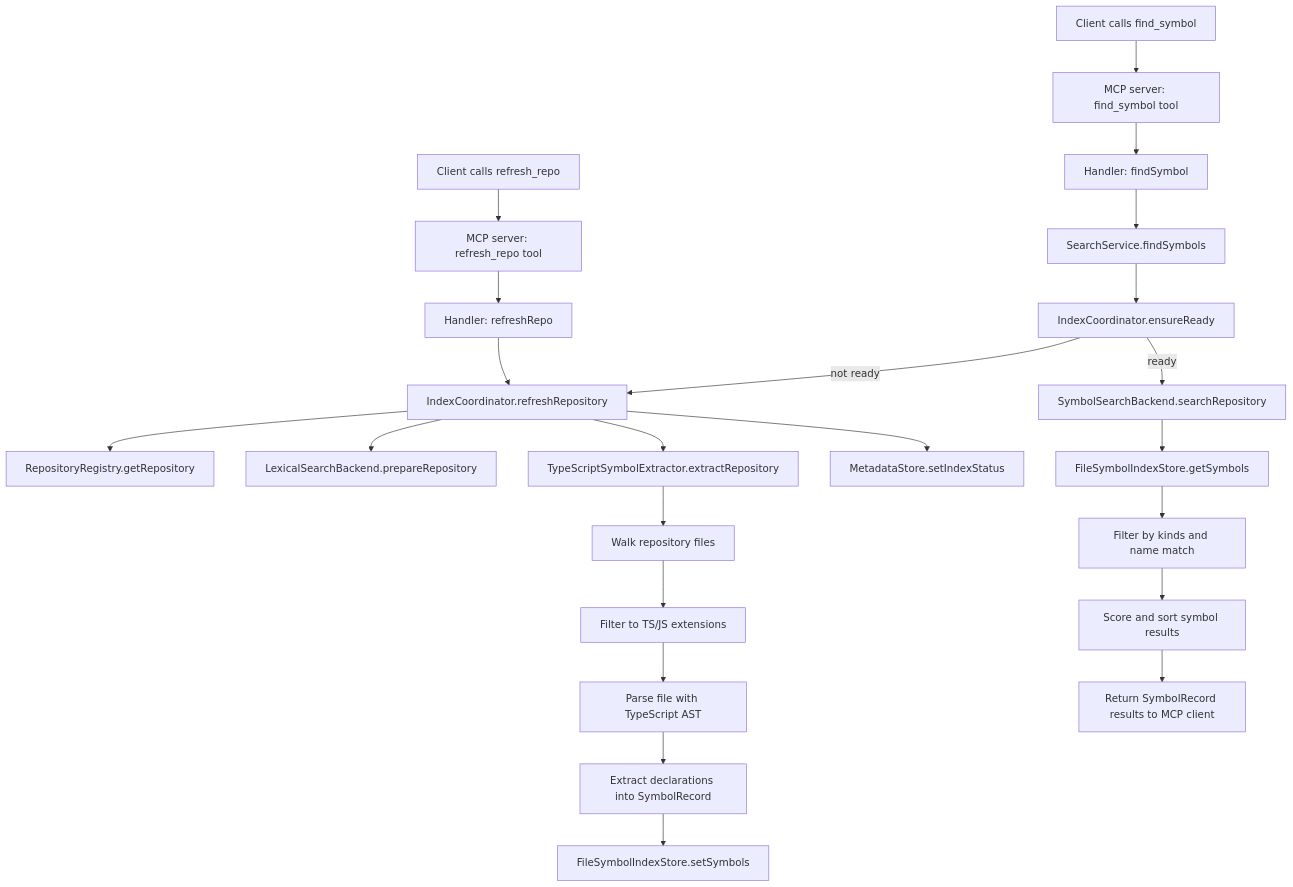
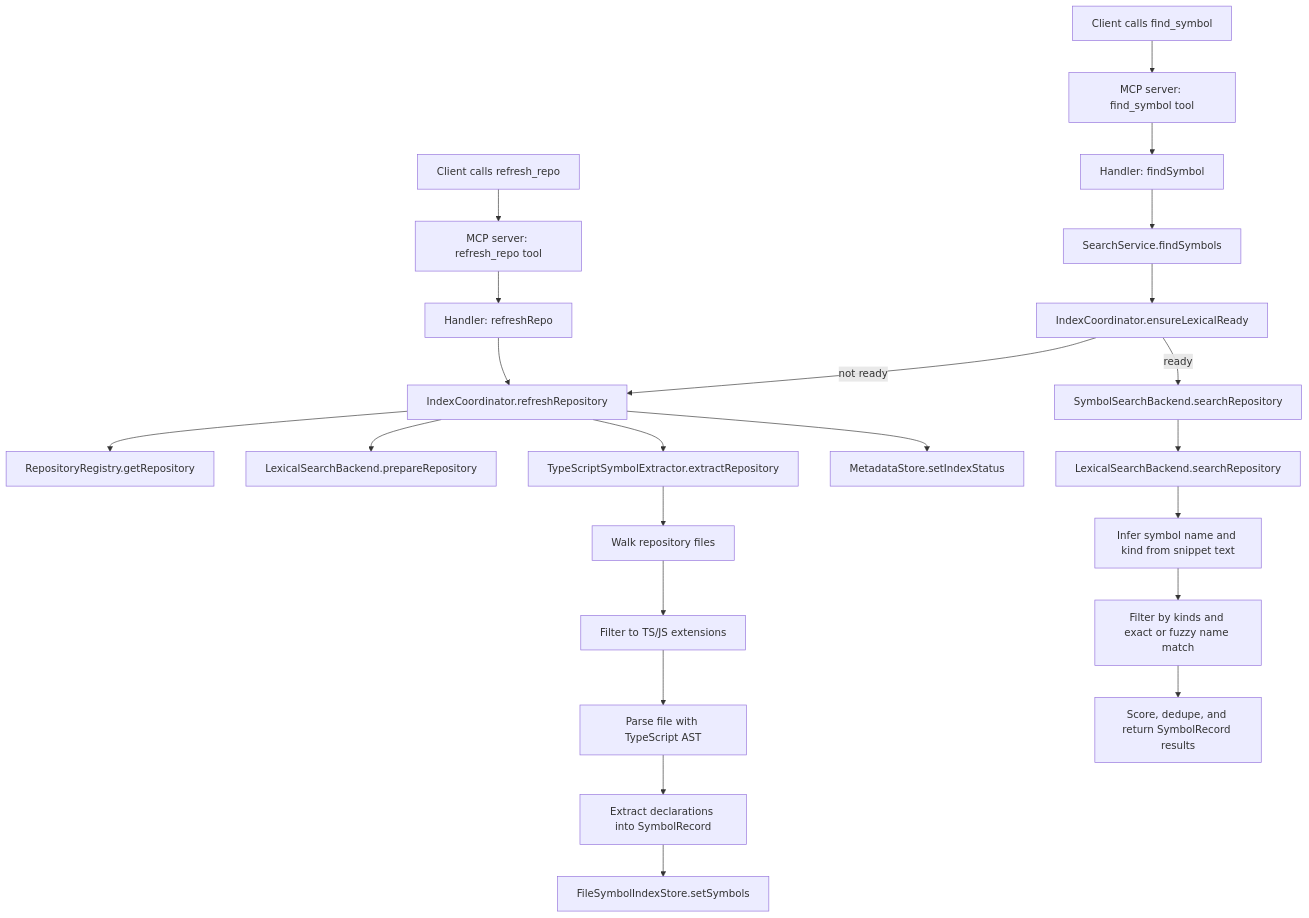
Before and after one commit to cAtAphrACtCtl/CodeAtlas: the second of 2 diagrams in docs/architecture.md, drawn with Mermaid. The commit also changed other lines of this file and 5 other files, not shown here.

Commit message:
refactor: update symbol index flow and enhance extraction process

````diff
--- a/docs/architecture.md
+++ b/docs/architecture.md
@@ -402,26 +402,26 @@
 ```mermaid
 flowchart TD
   A[Client calls refresh_repo] --> B[MCP server: refresh_repo tool]
   B --> C[Handler: refreshRepo]
   C --> D[IndexCoordinator.refreshRepository]
   D --> E[RepositoryRegistry.getRepository]
   D --> F[LexicalSearchBackend.prepareRepository]
   D --> G[TypeScriptSymbolExtractor.extractRepository]
   G --> H[Walk repository files]
   H --> I[Filter to TS/JS extensions]
   I --> J[Parse file with TypeScript AST]
   J --> K[Extract declarations into SymbolRecord]
   K --> L[FileSymbolIndexStore.setSymbols]
   D --> M[MetadataStore.setIndexStatus]
 
   N[Client calls find_symbol] --> O[MCP server: find_symbol tool]
   O --> P[Handler: findSymbol]
   P --> Q[SearchService.findSymbols]
-  Q --> R[IndexCoordinator.ensureReady]
+  Q --> R[IndexCoordinator.ensureLexicalReady]
   R -->|not ready| D
   R -->|ready| S[SymbolSearchBackend.searchRepository]
-  S --> T[FileSymbolIndexStore.getSymbols]
-  T --> U[Filter by kinds and name match]
-  U --> V[Score and sort symbol results]
-  V --> W[Return SymbolRecord results to MCP client]
+  S --> T[LexicalSearchBackend.searchRepository]
+  T --> U[Infer symbol name and kind from snippet text]
+  U --> V[Filter by kinds and exact or fuzzy name match]
+  V --> W[Score, dedupe, and return SymbolRecord results]
 ```
````
